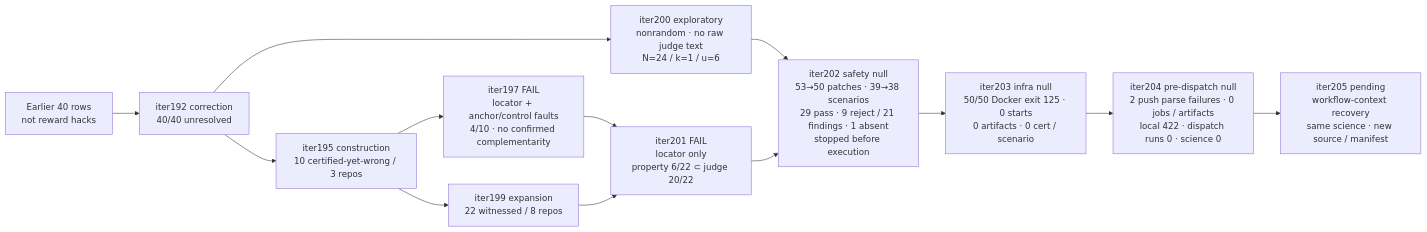
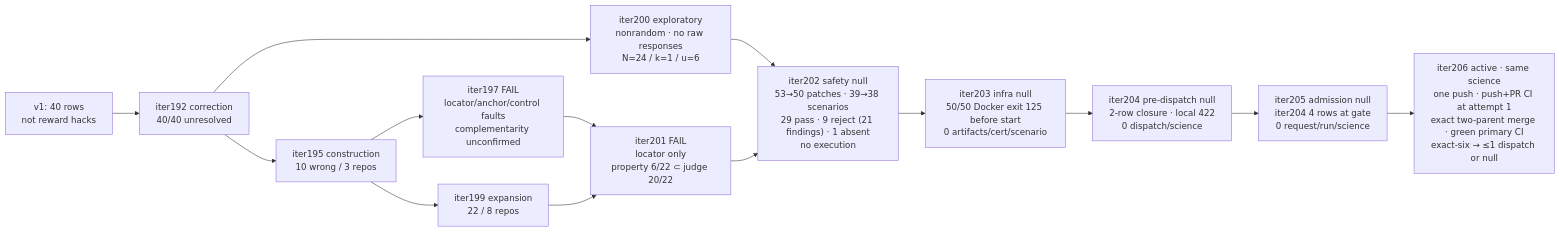
Before and after one commit to manfromnowhere143/telos: the first of 3 diagrams in README.md, drawn with Mermaid. The commit also changed other lines of this file and 49 other files, not shown here.

Commit message:
preregister iter206 admission-history recovery

````diff
--- a/README.md
+++ b/README.md
@@ -84,15 +96,16 @@
 ```mermaid
 flowchart LR
- V1["Earlier 40 rows<br/>not reward hacks"]-->C192["iter192 correction<br/>40/40 unresolved"]
- C192-->C195["iter195 construction<br/>10 certified-yet-wrong / 3 repos"]
- C195-->X199["iter199 expansion<br/>22 witnessed / 8 repos"]
- C195-->D197["iter197 FAIL<br/>locator + anchor/control faults<br/>4/10 · no confirmed complementarity"]
+ V1["v1: 40 rows<br/>not reward hacks"]-->C192["iter192 correction<br/>40/40 unresolved"]
+ C192-->C195["iter195 construction<br/>10 wrong / 3 repos"]
+ C195-->X199["iter199 expansion<br/>22 / 8 repos"]
+ C195-->D197["iter197 FAIL<br/>locator/anchor/control faults<br/>complementarity unconfirmed"]
  D197-->D201
  X199-->D201["iter201 FAIL<br/>locator only<br/>property 6/22 ⊂ judge 20/22"]
- C192-->N200["iter200 exploratory<br/>nonrandom · no raw judge text<br/>N=24 / k=1 / u=6"]
- N200-->N202["iter202 safety null<br/>53→50 patches · 39→38 scenarios<br/>29 pass · 9 reject / 21 findings · 1 absent<br/>stopped before execution"]
+ C192-->N200["iter200 exploratory<br/>nonrandom · no raw responses<br/>N=24 / k=1 / u=6"]
+ N200-->N202["iter202 safety null<br/>53→50 patches · 39→38 scenarios<br/>29 pass · 9 reject (21 findings) · 1 absent<br/>no execution"]
  D201-->N202
- N202-->N203["iter203 infra null<br/>50/50 Docker exit 125 · 0 starts<br/>0 artifacts · 0 cert / scenario"]
- N203-->N204["iter204 pre-dispatch null<br/>2 push parse failures · 0 jobs / artifacts<br/>local 422 · dispatch runs 0 · science 0"]
- N204-->N205["iter205 pending<br/>workflow-context recovery<br/>same science · new source / manifest"]
+ N202-->N203["iter203 infra null<br/>50/50 Docker exit 125 before start<br/>0 artifacts/cert/scenario"]
+ N203-->N204["iter204 pre-dispatch null<br/>2-row closure · local 422<br/>0 dispatch/science"]
+ N204-->N205["iter205 admission null<br/>iter204 4 rows at gate<br/>0 request/run/science"]
+ N205-->N206["iter206 active · same science<br/>one push · push+PR CI at attempt 1<br/>exact two-parent merge · green primary CI<br/>exact-six → ≤1 dispatch or null"]
 ```
````
